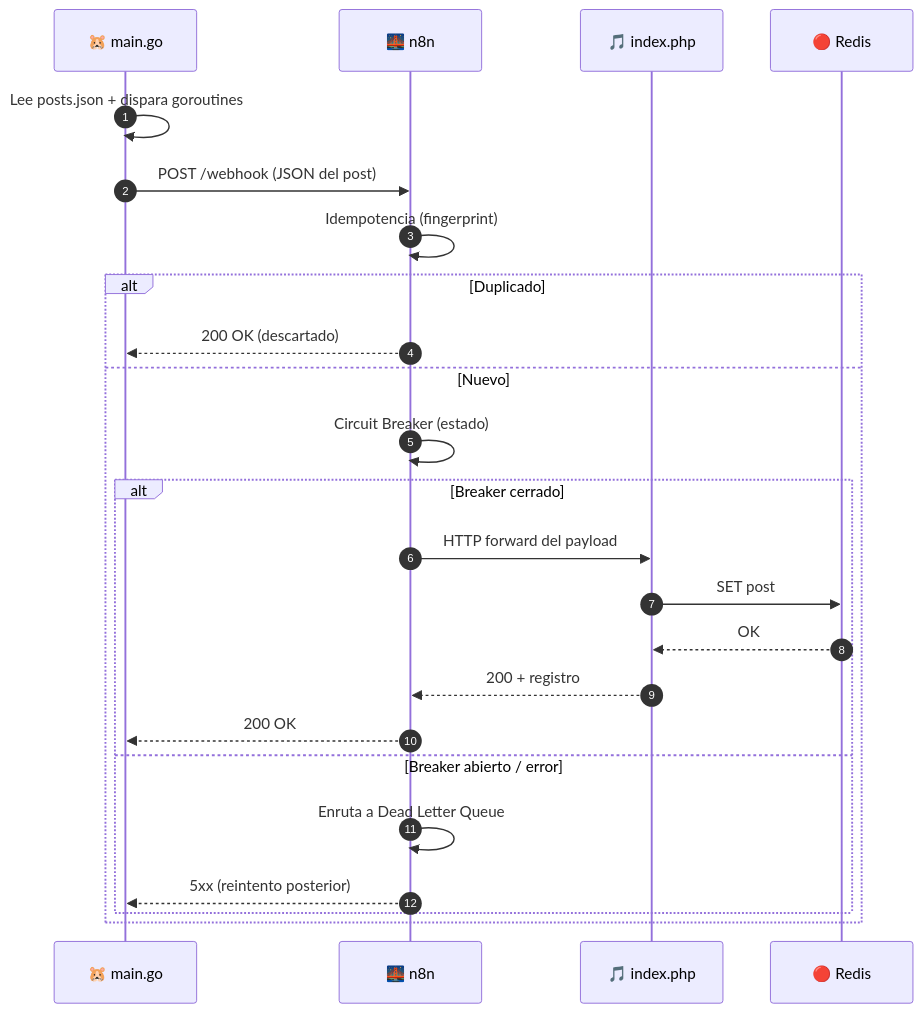
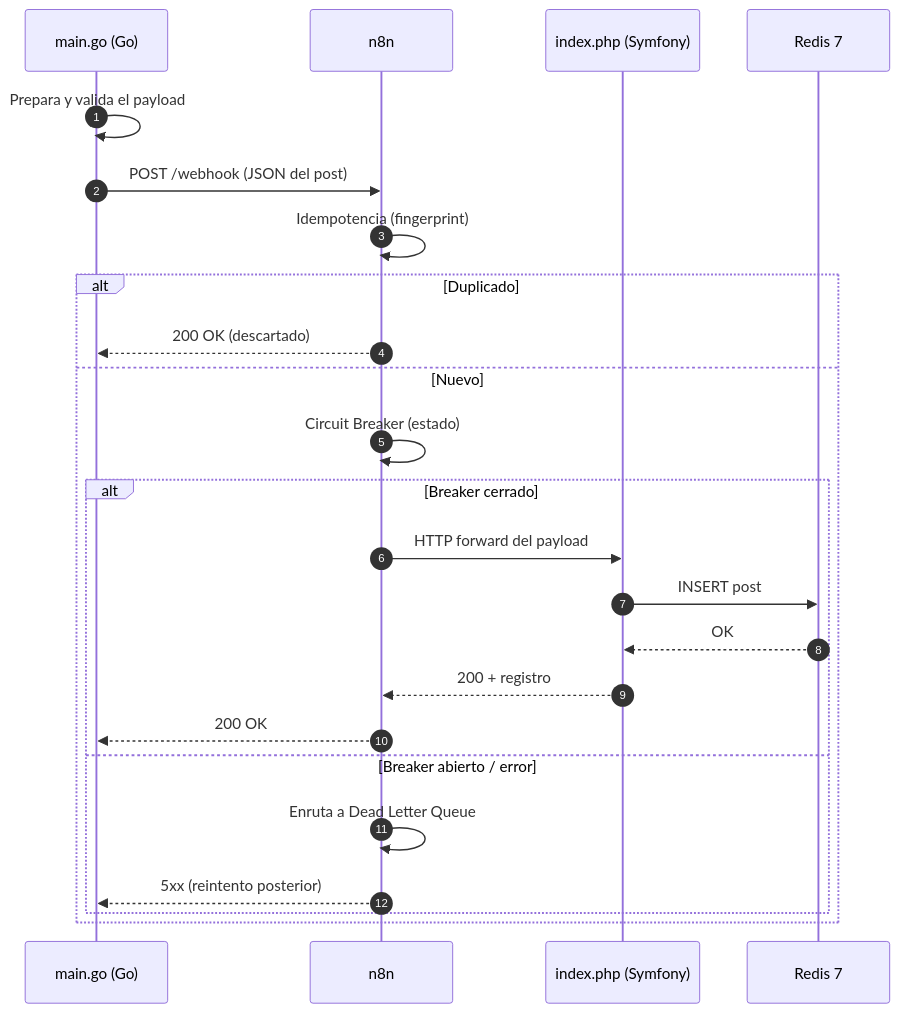
The second of 2 diagrams in cases/06-go-to-symfony/ARCHITECTURE.md (vladimiracunadev-create/social-bot-scheduler), drawn with Mermaid before and after one commit. The commit also changed other lines of this file and 8 other files, not shown here.

First line of the commit message:
fix(diagrams): Mermaid compatible con GitHub (securityLevel strict)

````diff
--- a/cases/06-go-to-symfony/ARCHITECTURE.md
+++ b/cases/06-go-to-symfony/ARCHITECTURE.md
@@ -66,27 +66,27 @@
 ```mermaid
 sequenceDiagram
     autonumber
-    participant Bot as 🐹 main.go
-    participant N8N as 🌉 n8n
-    participant SF as 🎵 index.php
-    participant DB as 🔴 Redis
+    participant Bot as main.go (Go)
+    participant N8N as n8n
+    participant Dest as index.php (Symfony)
+    participant DB as Redis 7
 
-    Bot->>Bot: Lee posts.json + dispara goroutines
+    Bot->>Bot: Prepara y valida el payload
     Bot->>N8N: POST /webhook (JSON del post)
     N8N->>N8N: Idempotencia (fingerprint)
     alt Duplicado
         N8N-->>Bot: 200 OK (descartado)
     else Nuevo
         N8N->>N8N: Circuit Breaker (estado)
         alt Breaker cerrado
-            N8N->>SF: HTTP forward del payload
-            SF->>DB: SET post
-            DB-->>SF: OK
-            SF-->>N8N: 200 + registro
+            N8N->>Dest: HTTP forward del payload
+            Dest->>DB: INSERT post
+            DB-->>Dest: OK
+            Dest-->>N8N: 200 + registro
             N8N-->>Bot: 200 OK
         else Breaker abierto / error
             N8N->>N8N: Enruta a Dead Letter Queue
             N8N-->>Bot: 5xx (reintento posterior)
         end
     end
 ```
````
